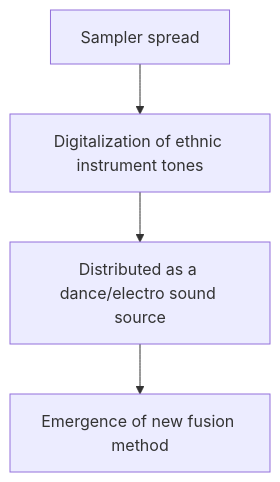
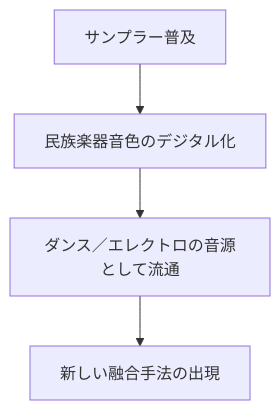
The fifth of 5 diagrams in en/_posts/2025-12-09-column-electronic-world-fusion.md (monumental-movement/monumental-movement.github.io), drawn with Mermaid before and after one commit. The commit also changed other lines of this file and 2196 other files, not shown here.

```diff
--- a/en/_posts/2025-12-09-column-electronic-world-fusion.md
+++ b/en/_posts/2025-12-09-column-electronic-world-fusion.md
@@ -279,6 +278,6 @@
 <div class="mermaid">
 flowchart TD
-    A["Sampler spread"] --> B["Digitalization of ethnic instrument tones"]
-    B --> C["Distributed as a dance/electro sound source"]
-    C --> D["Emergence of new fusion method"]
+    A["サンプラー普及"] --> B["民族楽器音色のデジタル化"]
+    B --> C["ダンス／エレクトロの音源として流通"]
+    C --> D["新しい融合手法の出現"]
 </div>
```
